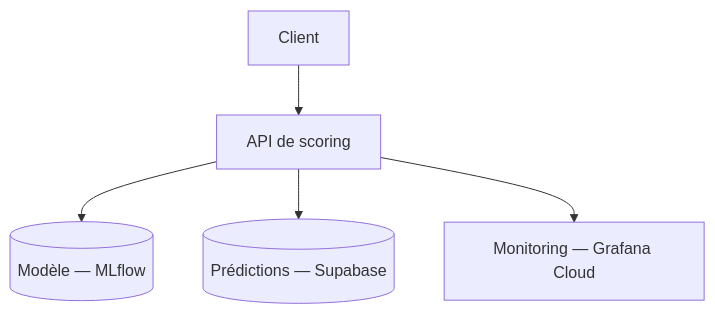
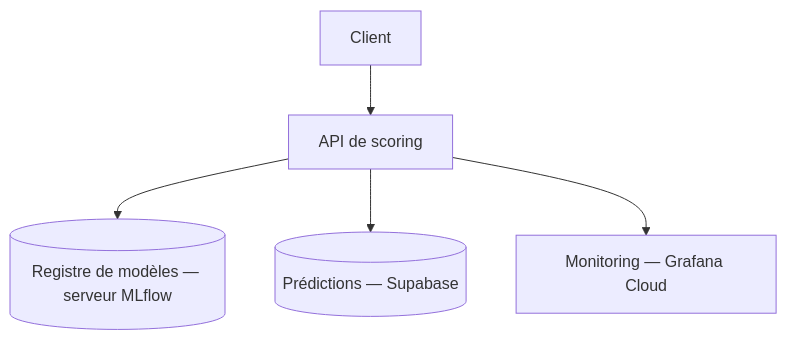
The diagram in docs/index.md (lefevrk/OC-Confirmez-vos-competences-en-MLOps), drawn with Mermaid before and after one commit. The commit also changed other lines of this file, not shown here.

First line of the commit message:
docs: refresh accueil after ONNX optimization, clarify human review and MLflow

````diff
--- a/docs/index.md
+++ b/docs/index.md
@@ -17,7 +16,7 @@
 ```mermaid
 flowchart TB
     Client --> API[API de scoring]
-    API --> MLflow[(Modèle — MLflow)]
+    API --> MLflow[(Registre de modèles — serveur MLflow)]
     API --> DB[(Prédictions — Supabase)]
     API --> Monitoring[Monitoring — Grafana Cloud]
 ```
````
